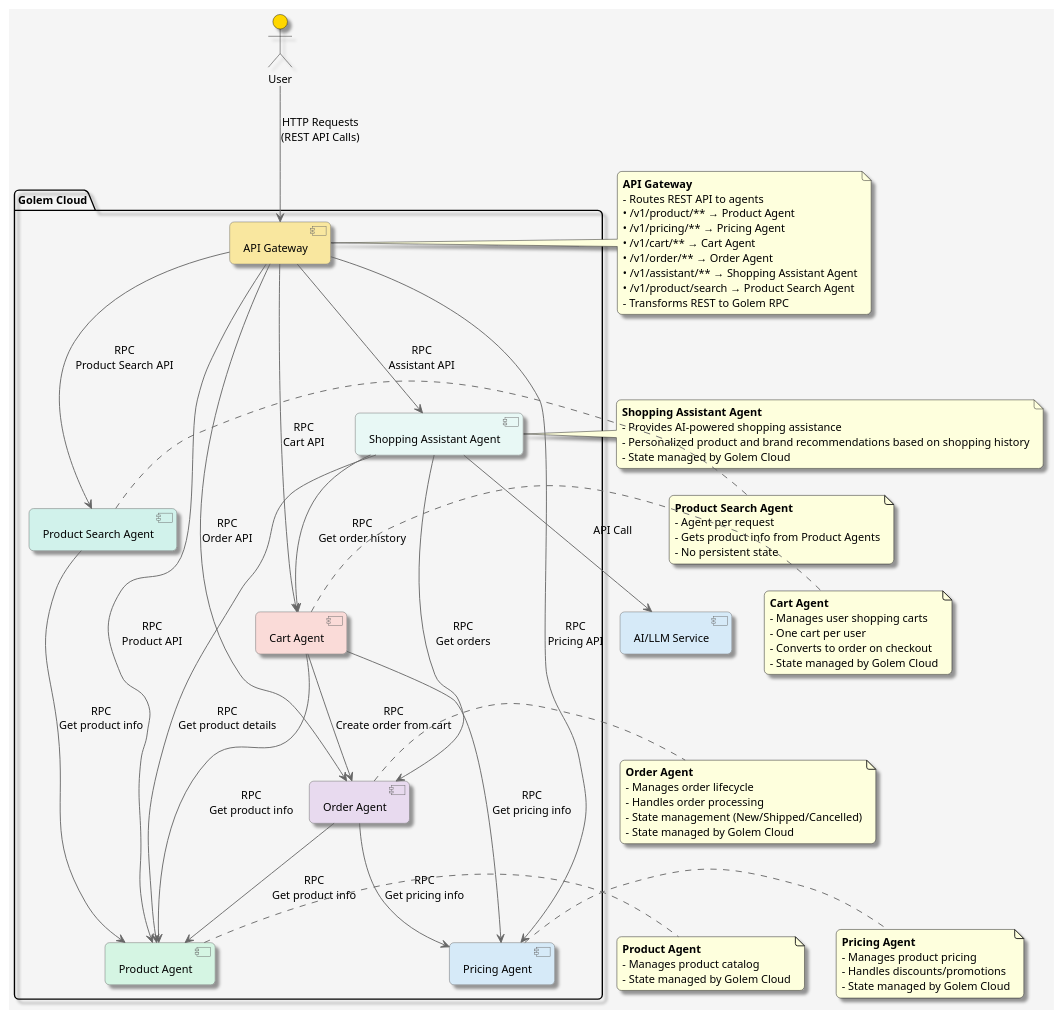
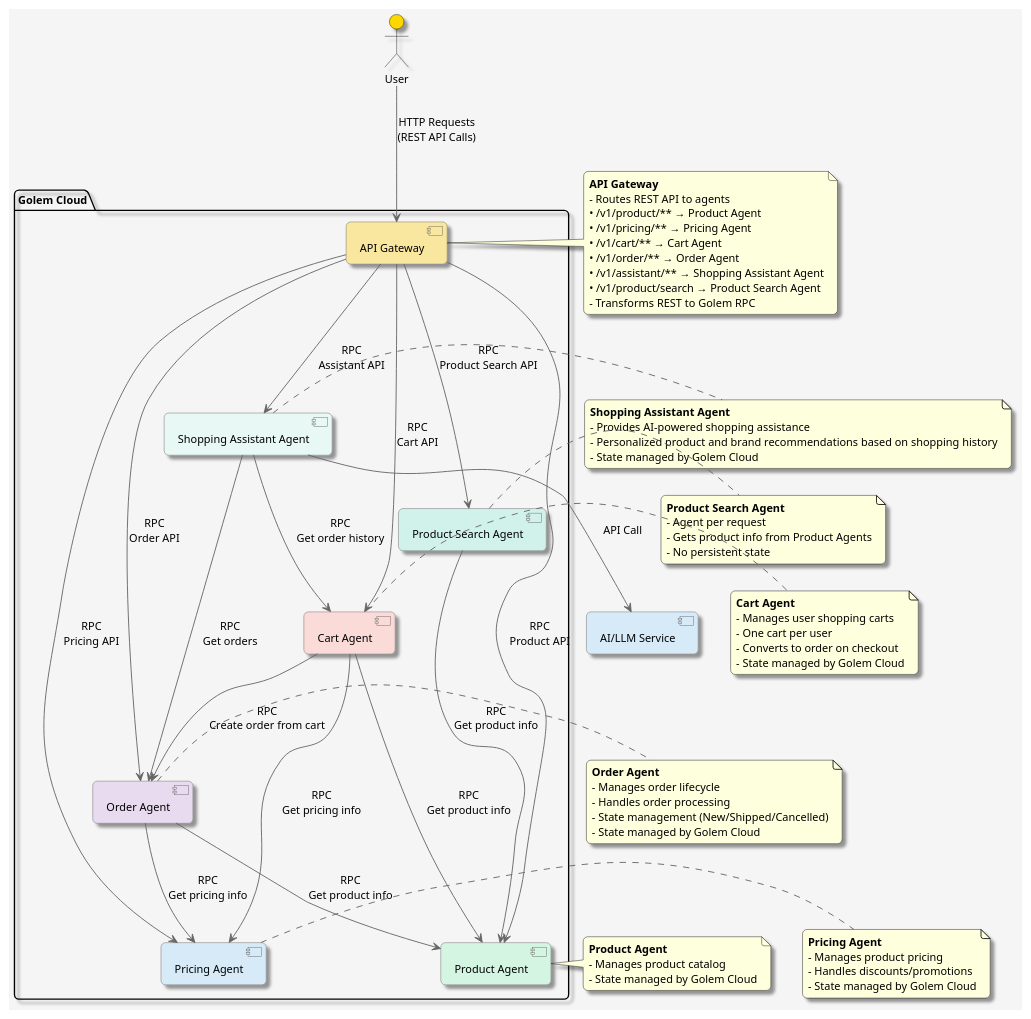
Before and after one commit to justcoon/golem-shopping-rust: the diagram in architecture.puml, drawn with PlantUML. The commit also changed 1 other file, not shown here.

```diff
--- a/architecture.puml
+++ b/architecture.puml
@@ -1,112 +1,111 @@
 @startuml Golem Shopping Architecture
 
 ' Define styles
 skinparam componentStyle uml2
 skinparam backgroundColor #F5F5F5
 skinparam defaultFontName Arial
 skinparam defaultFontSize 12
 skinparam roundcorner 10
 skinparam shadowing true
 skinparam ArrowColor #666666
 skinparam ComponentBackgroundColor #E8E8E8
 skinparam ComponentBorderColor #666666
 
 ' Define components
 actor "User" as user #FFD700
 
 package "Golem Cloud" {
     [API Gateway] as gateway #F9E79F
     [Product Agent] as product #D5F5E3
     [Pricing Agent] as pricing #D6EAF8
     [Cart Agent] as cart #FADBD8
     [Order Agent] as order #E8DAEF
     [Product Search Agent] as product_search #D1F2EB
     [Shopping Assistant Agent] as assistant #E8F8F5
 }
 
 ' Define relationships
 user --> gateway : "HTTP Requests\n(REST API Calls)"
 
 gateway --> product : "RPC\nProduct API"
 gateway --> pricing : "RPC\nPricing API"
 gateway --> cart : "RPC\nCart API"
 gateway --> order : "RPC\nOrder API"
 gateway --> product_search : "RPC\nProduct Search API"
 gateway --> assistant : "RPC\nAssistant API"
 
 ' Agent-to-agent communication
 cart --> product : "RPC\nGet product info"
 cart --> pricing : "RPC\nGet pricing info"
 cart --> order : "RPC\nCreate order from cart"
 order --> product : "RPC\nGet product info"
 order --> pricing : "RPC\nGet pricing info"
 product_search --> product : "RPC\nGet product info"
 
 ' Shopping Assistant relationships
 assistant --> cart : "RPC\nGet order history"
 assistant --> order : "RPC\nGet orders"
-assistant --> product : "RPC\nGet product details"
 
 ' Add notes
 note right of gateway
   <b>API Gateway</b>
   - Routes REST API to agents
   • /v1/product/** → Product Agent
   • /v1/pricing/** → Pricing Agent
   • /v1/cart/** → Cart Agent
   • /v1/order/** → Order Agent
   • /v1/assistant/** → Shopping Assistant Agent
   • /v1/product/search → Product Search Agent
   - Transforms REST to Golem RPC
 end note
 
 note right of product
   <b>Product Agent</b>
   - Manages product catalog
   - State managed by Golem Cloud
 end note
 
 note right of pricing
   <b>Pricing Agent</b>
   - Manages product pricing
   - Handles discounts/promotions
   - State managed by Golem Cloud
 end note
 
 note right of cart
   <b>Cart Agent</b>
   - Manages user shopping carts
   - One cart per user
   - Converts to order on checkout
   - State managed by Golem Cloud
 end note
 
 note right of order
   <b>Order Agent</b>
   - Manages order lifecycle
   - Handles order processing
   - State management (New/Shipped/Cancelled)
   - State managed by Golem Cloud
 end note
 
 note right of product_search
   <b>Product Search Agent</b>
   - Agent per request
   - Gets product info from Product Agents
   - No persistent state
 end note
 
 ' External Services
 [AI/LLM Service] as llm #D6EAF8
 
 ' Connect LLM to Shopping Assistant
 assistant --> llm : "API Call"
 
 note right of assistant
   <b>Shopping Assistant Agent</b>
   - Provides AI-powered shopping assistance
   - Personalized product and brand recommendations based on shopping history
   - State managed by Golem Cloud
 end note
 
 @enduml
```
